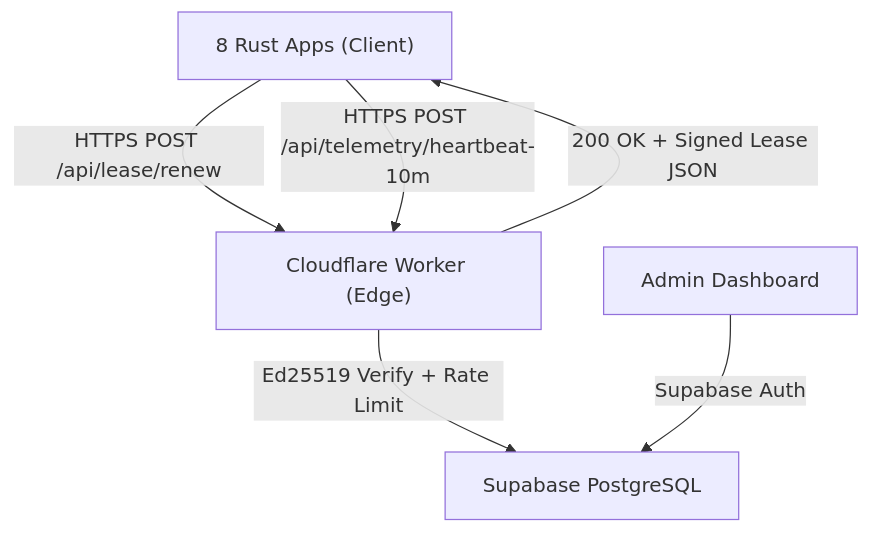
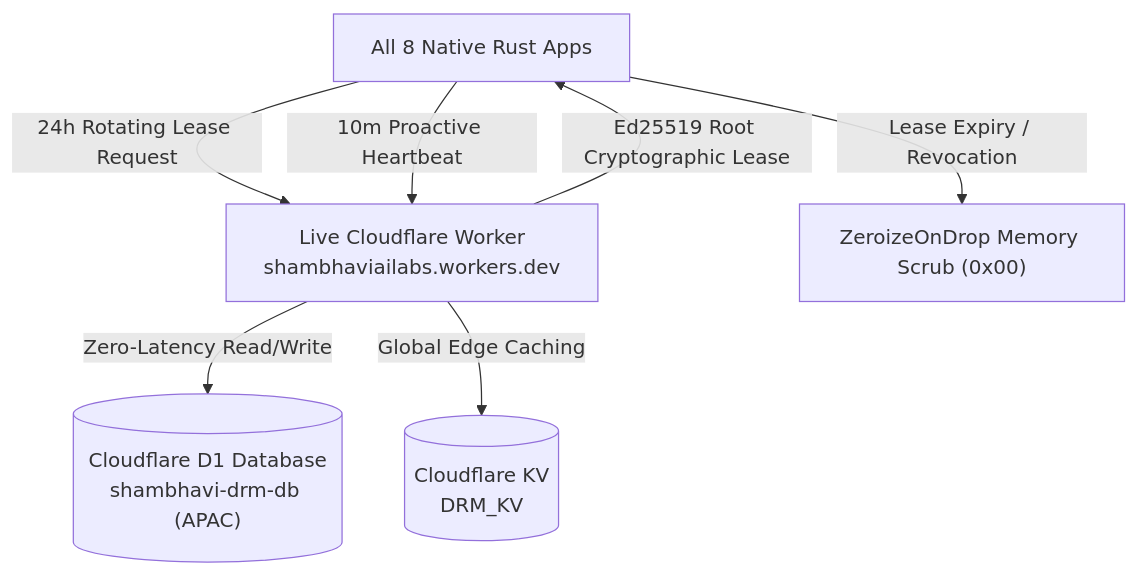
One commit to 9907918672SUNDEEP30/voice-recorder- changed the first of 5 diagrams in MASTER_PLAN.md. Above: the diagram before and after it, drawn with Mermaid. The commit also changed other lines of this file and 40 other files, not shown here.

Commit message:
feat: integrate unified auth crate, supabase cloud CRM/media matrix, cloudflare DRM gateway, and migrate to monorepo architecture

````diff
--- a/MASTER_PLAN.md
+++ b/MASTER_PLAN.md
@@ -180,8 +183,9 @@
 ```mermaid
 graph TD
-    APP["8 Rust Apps (Client)"] -->|HTTPS POST /api/lease/renew| CF["Cloudflare Worker (Edge)"]
-    APP -->|HTTPS POST /api/telemetry/heartbeat-10m| CF
-    CF -->|Ed25519 Verify + Rate Limit| SUPA["Supabase PostgreSQL"]
-    CF -->|200 OK + Signed Lease JSON| APP
-    ADMIN["Admin Dashboard"] -->|Supabase Auth| SUPA
+    APPS["All 8 Native Rust Apps"] -->|24h Rotating Lease Request| CF["Live Cloudflare Worker<br>shambhaviailabs.workers.dev"]
+    APPS -->|10m Proactive Heartbeat| CF
+    CF -->|Zero-Latency Read/Write| D1[("Cloudflare D1 Database<br>shambhavi-drm-db (APAC)")]
+    CF -->|Global Edge Caching| KV[("Cloudflare KV<br>DRM_KV")]
+    CF -->|Ed25519 Root Cryptographic Lease| APPS
+    APPS -->|Lease Expiry / Revocation| ZERO["ZeroizeOnDrop Memory Scrub (0x00)"]
 ```
````
